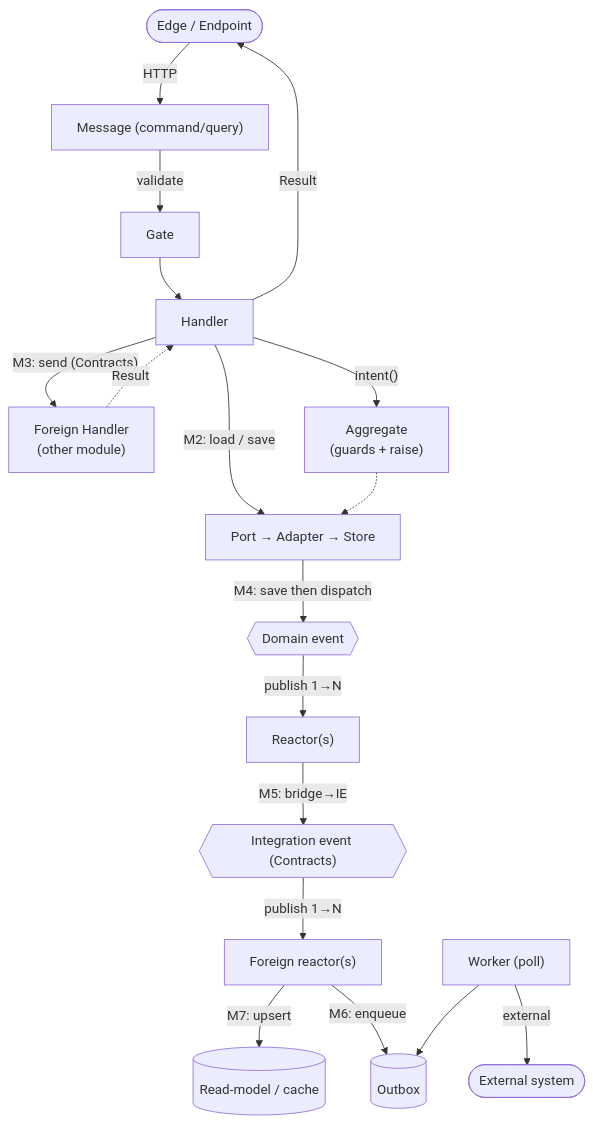
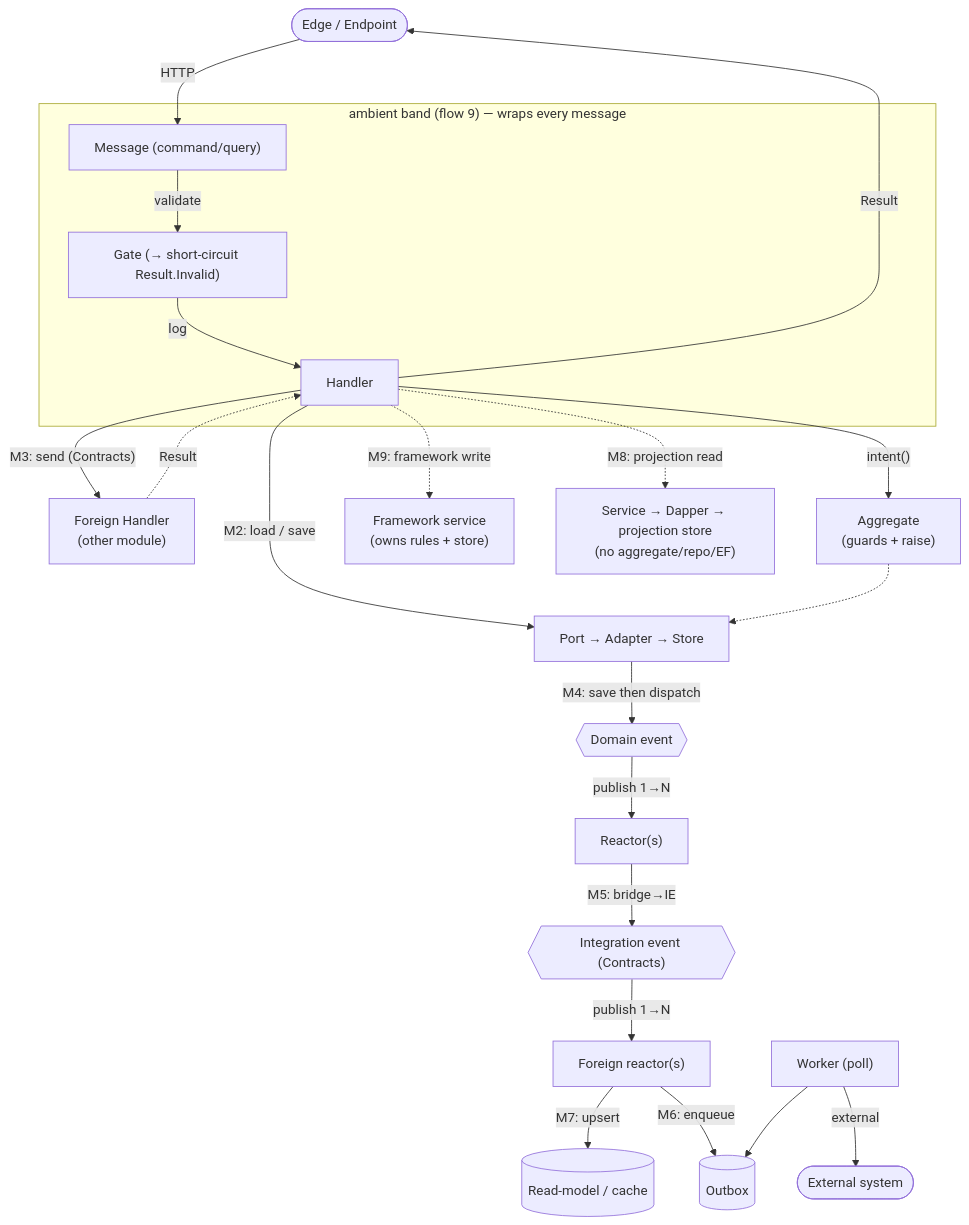
One commit to MgCohen/abox-server changed the tenth of 10 diagrams in spike/flow-graphs.md. Above: the diagram before and after it, drawn with Mermaid. The commit also changed other lines of this file, not shown here.

First line of the commit message:
spike: coverage audit + 3 gap-filling flows (read/identity/pipeline)

````diff
--- a/spike/flow-graphs.md
+++ b/spike/flow-graphs.md
@@ -303,25 +424,29 @@
 ```mermaid
 flowchart TB
   EDGE([Edge / Endpoint]) -->|"HTTP"| MSG["Message (command/query)"]
-  MSG -->|validate| GATE[Gate]
-  GATE --> HANDLER[Handler]
+  subgraph BAND["ambient band (flow 9) — wraps every message"]
+    MSG -->|validate| GATE["Gate (→ short-circuit Result.Invalid)"]
+    GATE -->|log| HANDLER[Handler]
+  end
 
   HANDLER -->|"M3: send (Contracts)"| FOREIGN["Foreign Handler<br/>(other module)"]
   FOREIGN -.->|Result| HANDLER
 
   HANDLER -->|"M2: load / save"| PORT["Port → Adapter → Store"]
   HANDLER -->|"intent()"| AGG["Aggregate<br/>(guards + raise)"]
   AGG -.-> PORT
+  HANDLER -. "M9: framework write" .-> FW["Framework service<br/>(owns rules + store)"]
+  HANDLER -. "M8: projection read" .-> PROJ["Service → Dapper → projection store<br/>(no aggregate/repo/EF)"]
 
   PORT -->|"M4: save then dispatch"| EV{{"Domain event"}}
   EV -->|publish 1→N| RX["Reactor(s)"]
   RX -->|"M5: bridge→IE"| IE{{"Integration event (Contracts)"}}
   IE -->|publish 1→N| FRX["Foreign reactor(s)"]
 
   FRX -->|"M7: upsert"| RM[("Read-model / cache")]
   FRX -->|"M6: enqueue"| OB[("Outbox")]
   WK["Worker (poll)"] --> OB
   WK -->|external| EXT([External system])
 
   HANDLER -->|"Result"| EDGE
 ```
````
